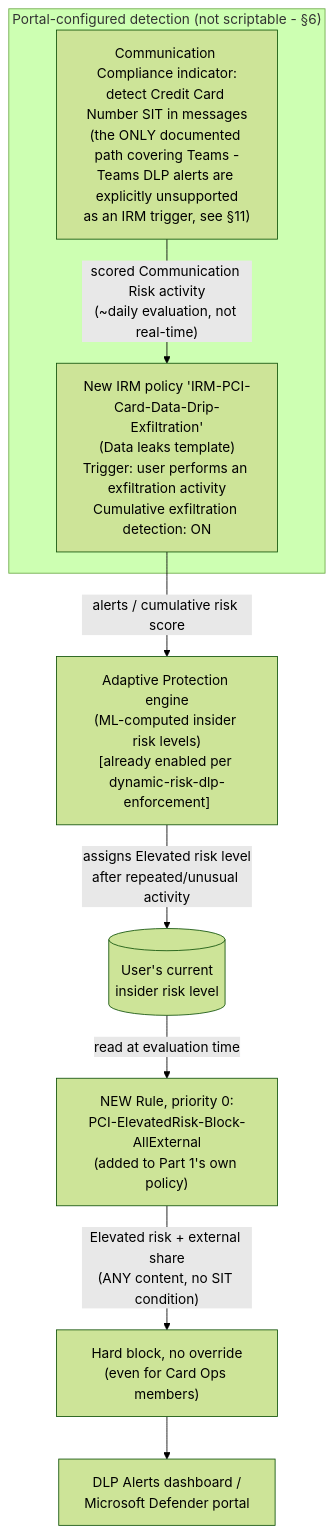
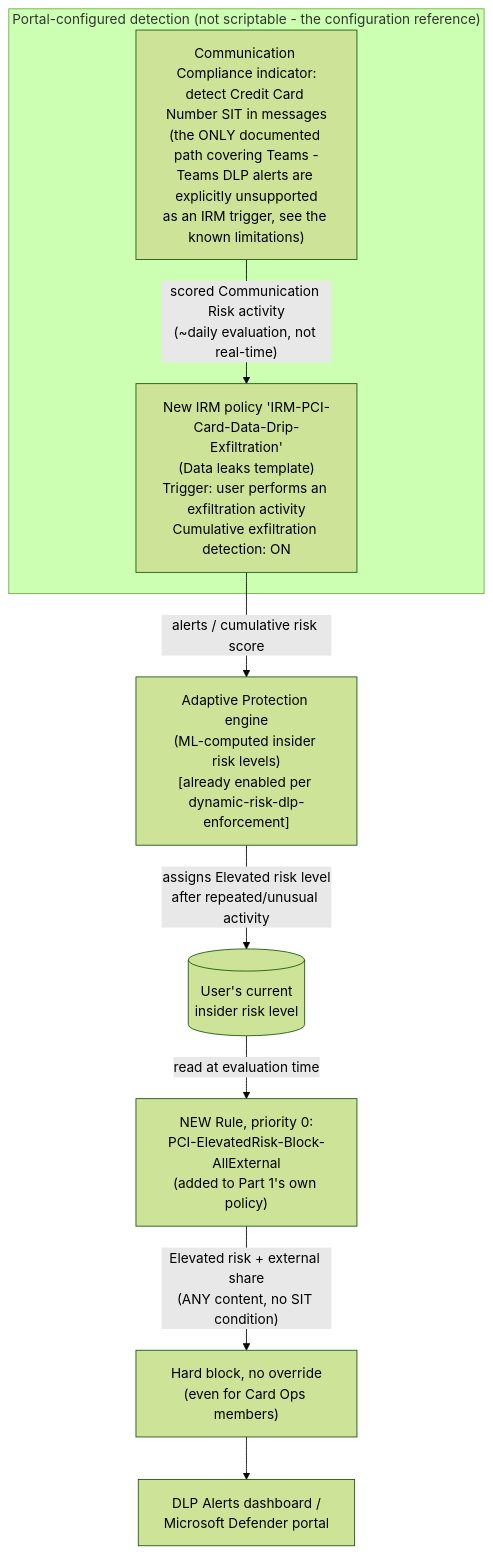
Before and after one commit to kpsec1/kpsec1.github.io: the diagram in src/content/scenarios/dlp/pci-teams-exfil-block-part2-obfuscation-mitigation.md, drawn with Mermaid (forest theme). The commit also changed 269 other files, not shown here.

````diff
--- a/src/content/scenarios/dlp/pci-teams-exfil-block-part2-obfuscation-mitigation.md
+++ b/src/content/scenarios/dlp/pci-teams-exfil-block-part2-obfuscation-mitigation.md
@@ -43,13 +43,13 @@
 ```mermaid
 flowchart TD
-    subgraph Detect["Portal-configured detection (not scriptable - §6)"]
-        CC["Communication Compliance indicator:\ndetect Credit Card Number SIT in messages\n(the ONLY documented path covering Teams -\nTeams DLP alerts are explicitly unsupported\nas an IRM trigger, see §11)"]
+    subgraph Detect["Portal-configured detection (not scriptable - the configuration reference)"]
+        CC["Communication Compliance indicator:\ndetect Credit Card Number SIT in messages\n(the ONLY documented path covering Teams -\nTeams DLP alerts are explicitly unsupported\nas an IRM trigger, see the known limitations)"]
         IRM["New IRM policy 'IRM-PCI-Card-Data-Drip-Exfiltration'\n(Data leaks template)\nTrigger: user performs an exfiltration activity\nCumulative exfiltration detection: ON"]
         CC -->|"scored Communication Risk activity\n(~daily evaluation, not real-time)"| IRM
     end
     IRM -->|alerts / cumulative risk score| APEngine["Adaptive Protection engine\n(ML-computed insider risk levels)\n[already enabled per dynamic-risk-dlp-enforcement]"]
     APEngine -->|"assigns Elevated risk level\nafter repeated/unusual activity"| RiskLevel[("User's current\ninsider risk level")]
     RiskLevel -->|"read at evaluation time"| NewRule["NEW Rule, priority 0:\nPCI-ElevatedRisk-Block-AllExternal\n(added to Part 1's own policy)"]
     NewRule -->|"Elevated risk + external share\n(ANY content, no SIT condition)"| Block["Hard block, no override\n(even for Card Ops members)"]
     Block --> Reports["DLP Alerts dashboard /\nMicrosoft Defender portal"]
 ```
````
